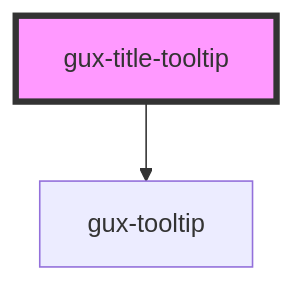
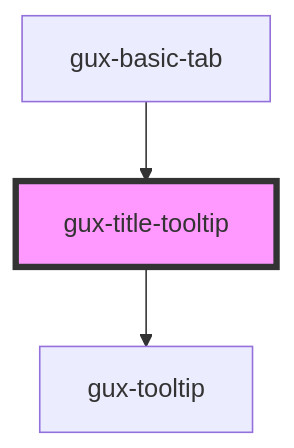
Before and after one commit to Retsam/genesys-webcomponents: the diagram in src/components/gux-title-tooltip/readme.md, drawn with Mermaid. The commit also changed other lines of this file and 14 other files, not shown here.

Commit message:
refactor(gux-basic-tabs): wIP reverted back to using the single tabpanel slot and simplified the API

````diff
--- a/src/components/gux-title-tooltip/readme.md
+++ b/src/components/gux-title-tooltip/readme.md
@@ -15,5 +26,6 @@
 ```mermaid
 graph TD;
   gux-title-tooltip --> gux-tooltip
+  gux-basic-tab --> gux-title-tooltip
   style gux-title-tooltip fill:#f9f,stroke:#333,stroke-width:4px
 ```
````
